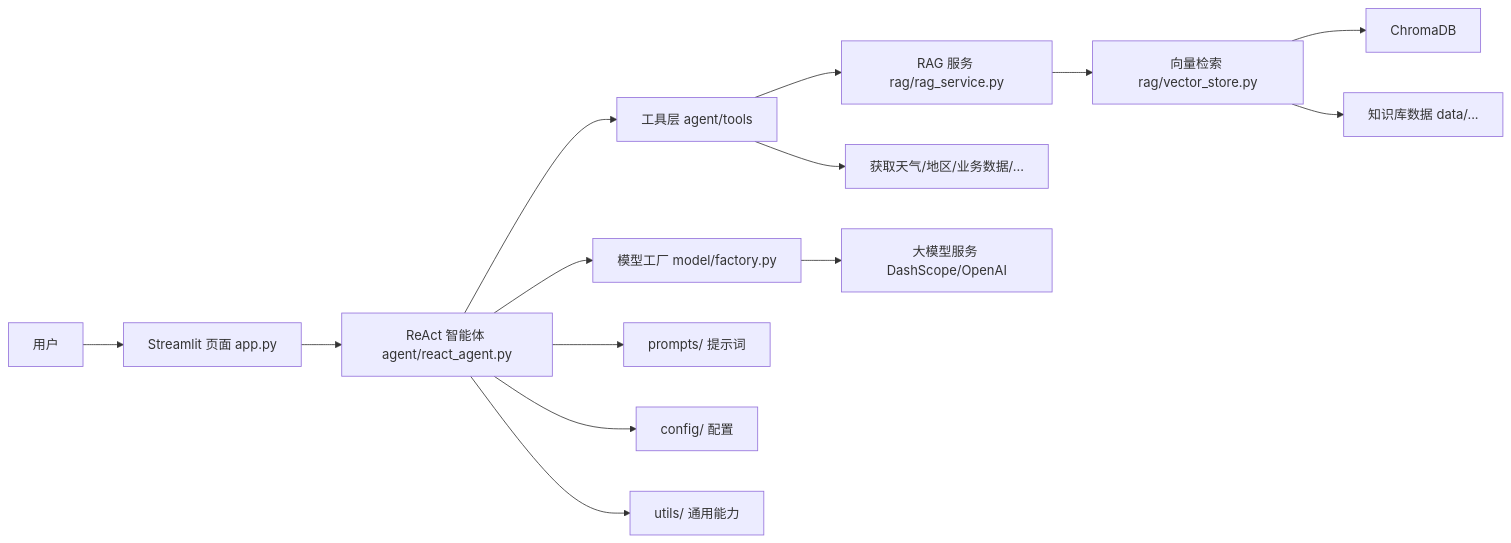
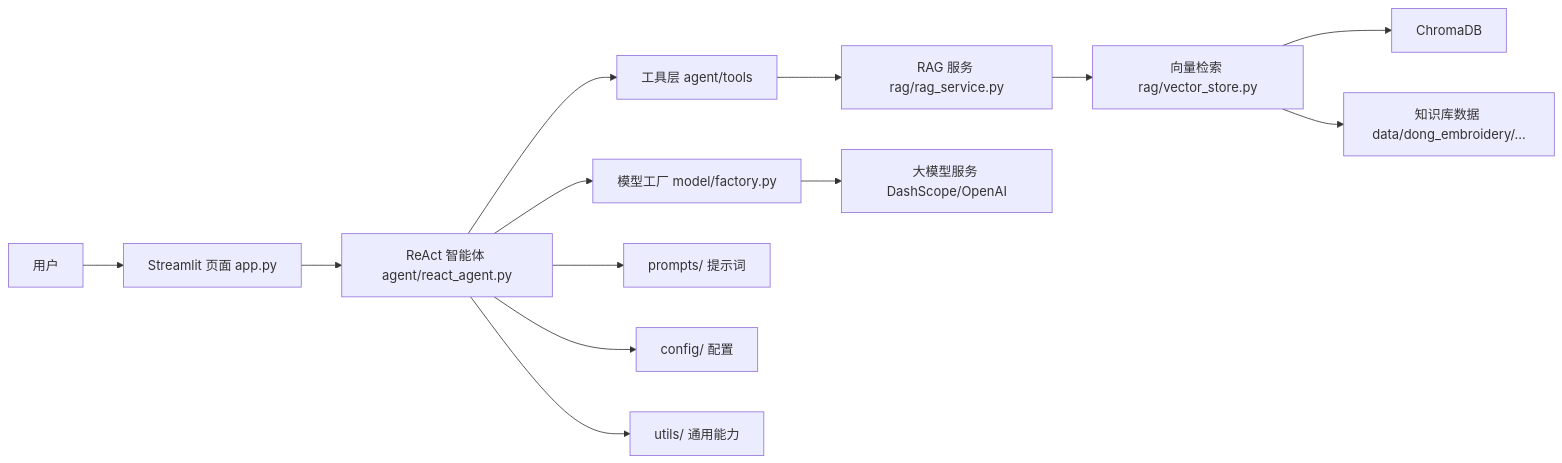
The diagram in README.md (zilin0627/zstAgent), drawn with Mermaid before and after one commit. The commit also changed other lines of this file and 43 other files, not shown here.

````diff
--- a/README.md
+++ b/README.md
@@ -56,20 +69,19 @@
 ```mermaid
 flowchart LR
     U[用户] --> S[Streamlit 页面 app.py]
     S --> A[ReAct 智能体 agent/react_agent.py]
 
     A --> T[工具层 agent/tools]
     T --> R[RAG 服务 rag/rag_service.py]
-    T --> E[获取天气/地区/业务数据/...]
     R --> V[向量检索 rag/vector_store.py]
     V --> C[ChromaDB]
-    V --> D[知识库数据 data/...]
+    V --> D[知识库数据 data/dong_embroidery/...]
 
     A --> M[模型工厂 model/factory.py]
     M --> LLM[大模型服务 DashScope/OpenAI]
 
     A --> P[prompts/ 提示词]
     A --> CFG[config/ 配置]
     A --> UTL[utils/ 通用能力]
 
 ```
````
